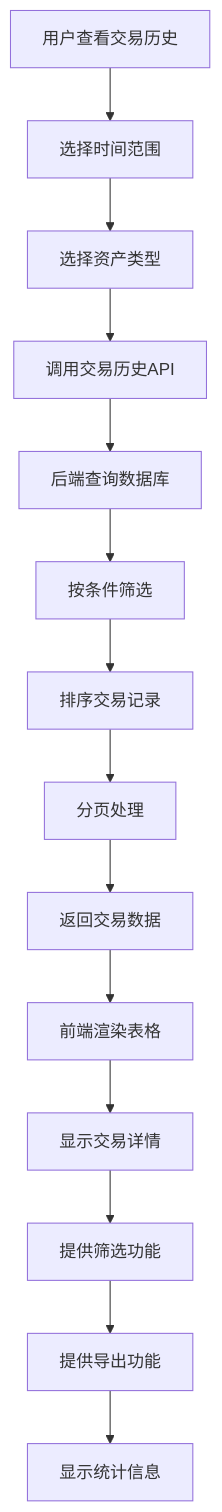
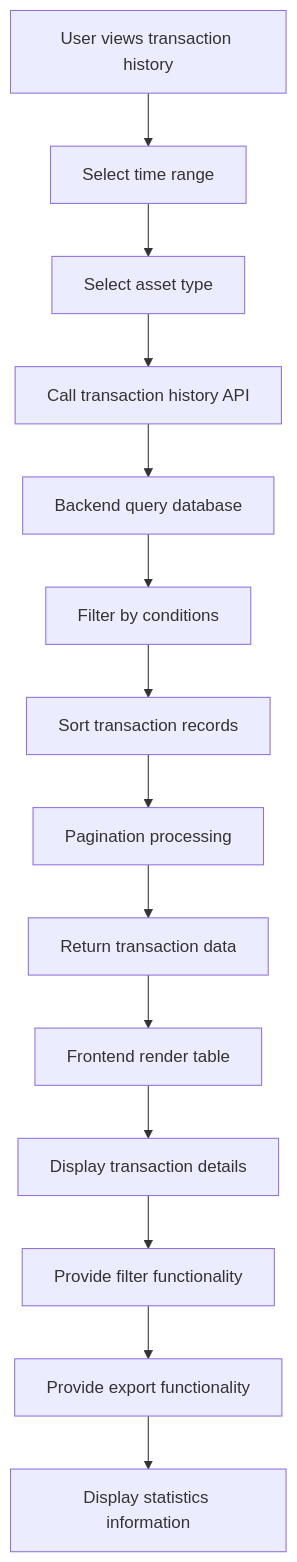
Diagram 12 of 20 in FLOWCHARTS.md (CDKStudy/Portfolio_Manager), drawn with Mermaid before and after one commit. The commit also changed other lines of this file, not shown here.

Commit message:
update flowchart

````diff
--- a/FLOWCHARTS.md
+++ b/FLOWCHARTS.md
@@ -296,16 +296,16 @@
 ```mermaid
 flowchart TD
-    A[用户查看交易历史] --> B[选择时间范围]
-    B --> C[选择资产类型]
-    C --> D[调用交易历史API]
-    D --> E[后端查询数据库]
-    E --> F[按条件筛选]
-    F --> G[排序交易记录]
-    G --> H[分页处理]
-    H --> I[返回交易数据]
-    I --> J[前端渲染表格]
-    J --> K[显示交易详情]
-    K --> L[提供筛选功能]
-    L --> M[提供导出功能]
-    M --> N[显示统计信息]
+    A[User views transaction history] --> B[Select time range]
+    B --> C[Select asset type]
+    C --> D[Call transaction history API]
+    D --> E[Backend query database]
+    E --> F[Filter by conditions]
+    F --> G[Sort transaction records]
+    G --> H[Pagination processing]
+    H --> I[Return transaction data]
+    I --> J[Frontend render table]
+    J --> K[Display transaction details]
+    K --> L[Provide filter functionality]
+    L --> M[Provide export functionality]
+    M --> N[Display statistics information]
 ```
````
